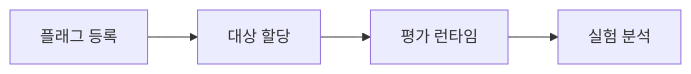
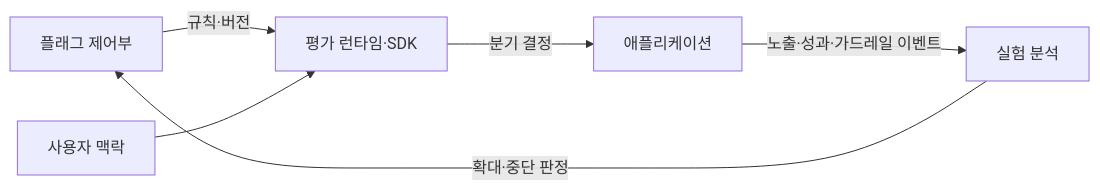
One commit to agnusdei1207/knowledge-base changed the diagram in src/content/docs/notes/03-software/220_feature_toggle_experimentation.md. Above: the diagram before and after it, drawn with Mermaid. The commit also changed other lines of this file and 10 other files, not shown here.

````diff
--- a/src/content/docs/notes/03-software/220_feature_toggle_experimentation.md
+++ b/src/content/docs/notes/03-software/220_feature_toggle_experimentation.md
@@ -55,6 +55,8 @@
 ```mermaid
 flowchart LR
-    A[플래그 등록] --> B[대상 할당]
-    B --> C[평가 런타임]
-    C --> D[실험 분석]
+    C[플래그 제어부] -->|규칙·버전| R[평가 런타임·SDK]
+    U[사용자 맥락] --> R
+    R -->|분기 결정| A[애플리케이션]
+    A -->|노출·성과·가드레일 이벤트| E[실험 분석]
+    E -->|확대·중단 판정| C
 ```
````
